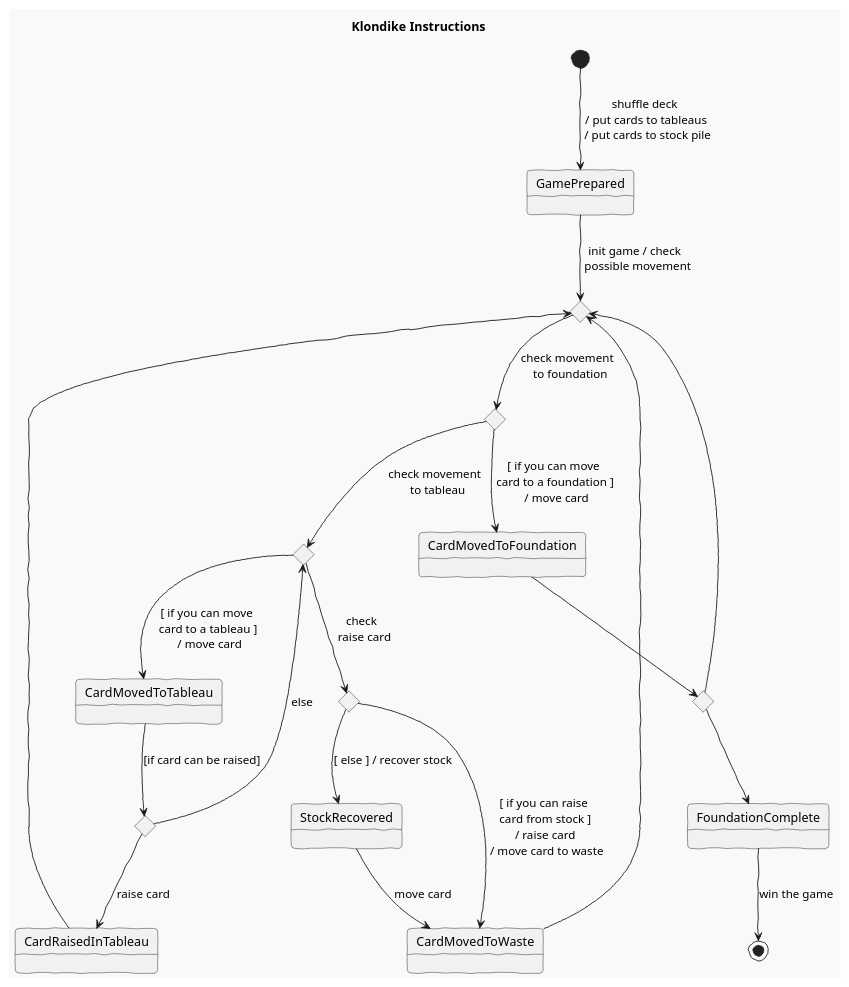
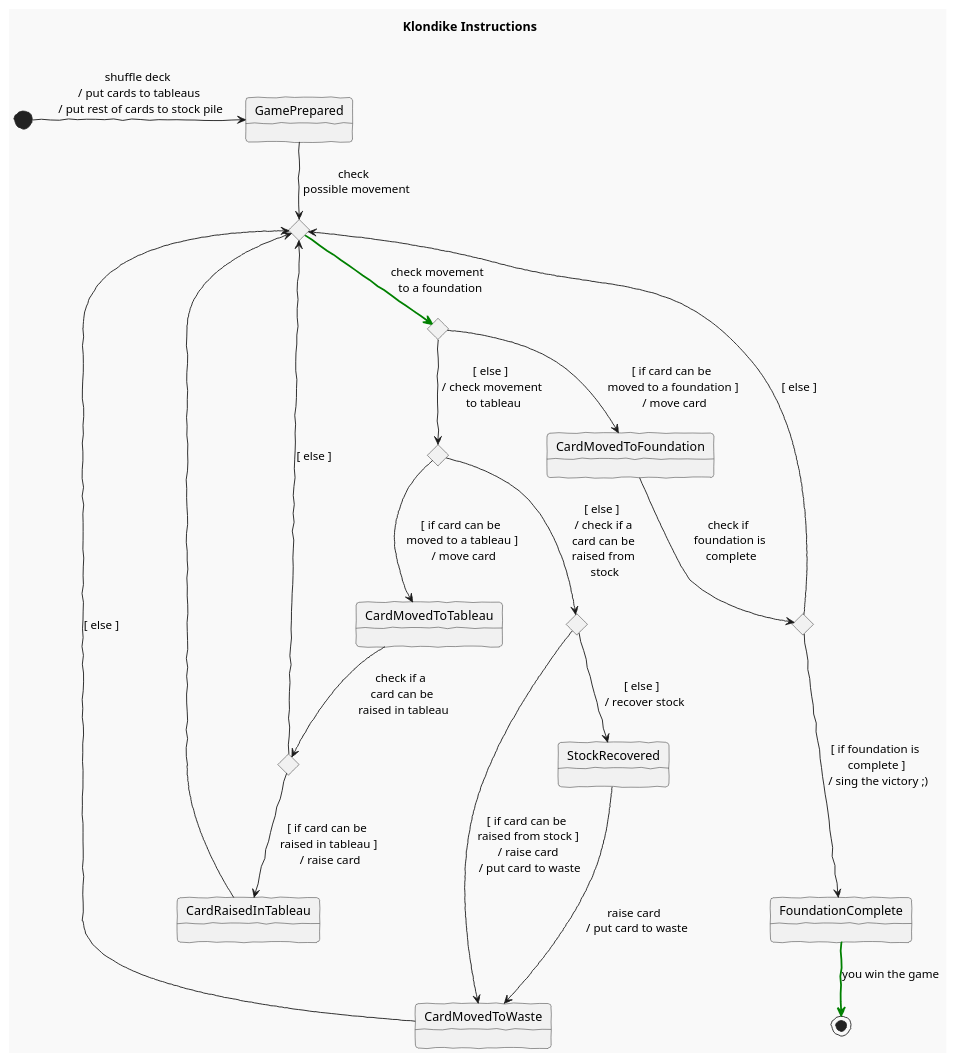
One commit to USantaTecla-ed-mpds/lab-boole changed the diagram in software/game-klondike/docs/klondike--instructions.puml. Above: the diagram before and after it, drawn with PlantUML.

Commit message:
Klondike: Fix and improve Instructions. State diagram

```diff
--- a/software/game-klondike/docs/klondike--instructions.puml
+++ b/software/game-klondike/docs/klondike--instructions.puml
@@ -1,53 +1,46 @@
 @startuml klondike--instructions
+
 skinparam handwritten true
+skinparam nodesep 50
+skinparam ranksep 50
 !theme mars
 
-title Klondike Instructions
+title Klondike Instructions \n
 
 state GamePrepared
-
-state CheckPossibleMovements <<choice>>
-state CheckFoundation <<choice>>
-state CheckTableau <<choice>>
-state CheckRaiseCard <<choice>>
-state CheckFoundationComplete <<choice>>
-state CheckSwipeCard <<choice>>
-
+state _CheckPossibleMovement <<choice>>
+state _CheckMoveToFoundation <<choice>>
+state _CheckMoveToTableau <<choice>>
+state _CheckRaiseCardFromStock <<choice>>
+state _CheckRaiseInTableau <<choice>>
+state _CheckFoundationComplete <<choice>>
 state CardMovedToFoundation
 state CardMovedToTableau
 state CardMovedToWaste
 state CardRaisedInTableau
-
 state StockRecovered
 state FoundationComplete
 
 
-[*] --> GamePrepared : shuffle deck \n / put cards to tableaus \n / put cards to stock pile
-GamePrepared --> CheckPossibleMovements : init game / check \n possible movement
-
-CheckPossibleMovements --> CheckFoundation : check movement \n to foundation
-CheckFoundation --> CardMovedToFoundation : [ if you can move \n card to a foundation ] \n / move card
-CardMovedToFoundation --> CheckFoundationComplete
-CheckFoundationComplete --> FoundationComplete
-
-CheckFoundationComplete --> CheckPossibleMovements
-
-CheckFoundation --> CheckTableau : check movement \n to tableau
-CheckTableau --> CardMovedToTableau : [ if you can move \n card to a tableau ] \n / move card
-
-CardMovedToTableau --> CheckSwipeCard : [if card can be raised]
-CheckSwipeCard --> CardRaisedInTableau : raise card
-CheckSwipeCard --> CheckTableau : else
-CardRaisedInTableau --> CheckPossibleMovements
-
-CheckTableau --> CheckRaiseCard : check \n raise card
-CheckRaiseCard -->CardMovedToWaste : [ if you can raise \n card from stock ] \n / raise card \n / move card to waste
-CheckRaiseCard --> StockRecovered : [ else ] / recover stock
-StockRecovered --> CardMovedToWaste : move card
-
-CardMovedToWaste --> CheckPossibleMovements
-
-FoundationComplete --> [*] : win the game
+[*]                         -r-> GamePrepared : shuffle deck \n / put cards to tableaus \n / put rest of cards to stock pile
+GamePrepared                --> _CheckPossibleMovement : check \n possible movement
+_CheckPossibleMovement      -[#green,bold]-> _CheckMoveToFoundation : check movement \n to a foundation
+_CheckMoveToFoundation      --> CardMovedToFoundation : [ if card can be \n moved to a foundation ] \n / move card
+CardMovedToFoundation       --> _CheckFoundationComplete : check if \n foundation is \n complete
+_CheckFoundationComplete    ---> FoundationComplete : [ if foundation is \n complete ] \n / sing the victory ;)
+_CheckFoundationComplete    --> _CheckPossibleMovement : [ else ]
+_CheckMoveToFoundation      --> _CheckMoveToTableau : [ else ] \n / check movement \n to tableau
+_CheckMoveToTableau         --> CardMovedToTableau : [ if card can be \n moved to a tableau ] \n / move card
+CardMovedToTableau          --> _CheckRaiseInTableau : check if a \n card can be \n raised in tableau
+_CheckRaiseInTableau        --> CardRaisedInTableau : [ if card can be \n raised in tableau ] \n / raise card
+_CheckRaiseInTableau        --> _CheckPossibleMovement : [ else ]
+CardRaisedInTableau         --> _CheckPossibleMovement
+_CheckMoveToTableau         --> _CheckRaiseCardFromStock : [ else ] \n / check if a \n card can be \n raised from \n stock
+_CheckRaiseCardFromStock    --> CardMovedToWaste : [ if card can be \n raised from stock ] \n / raise card \n / put card to waste
+_CheckRaiseCardFromStock    --> StockRecovered : [ else ] \n / recover stock
+StockRecovered              ---> CardMovedToWaste : raise card \n / put card to waste
+CardMovedToWaste            --> _CheckPossibleMovement : [ else ]
+FoundationComplete          -[#green,bold]-> [*] : you win the game
 
 
 @enduml
```
